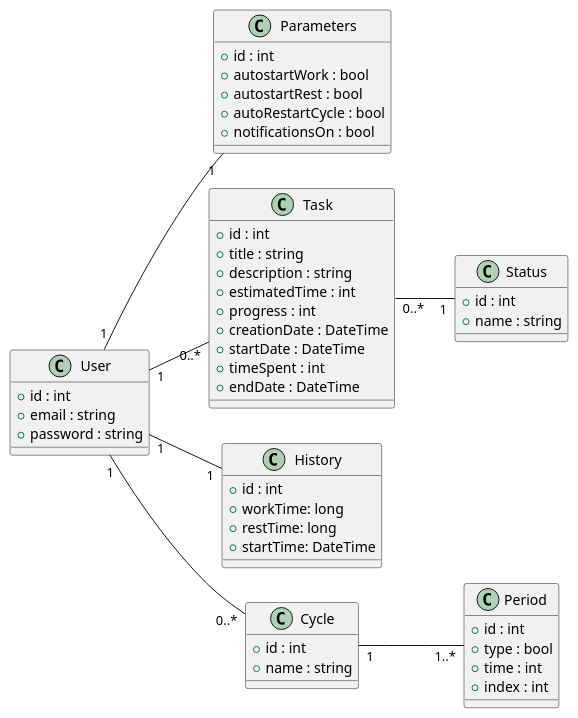
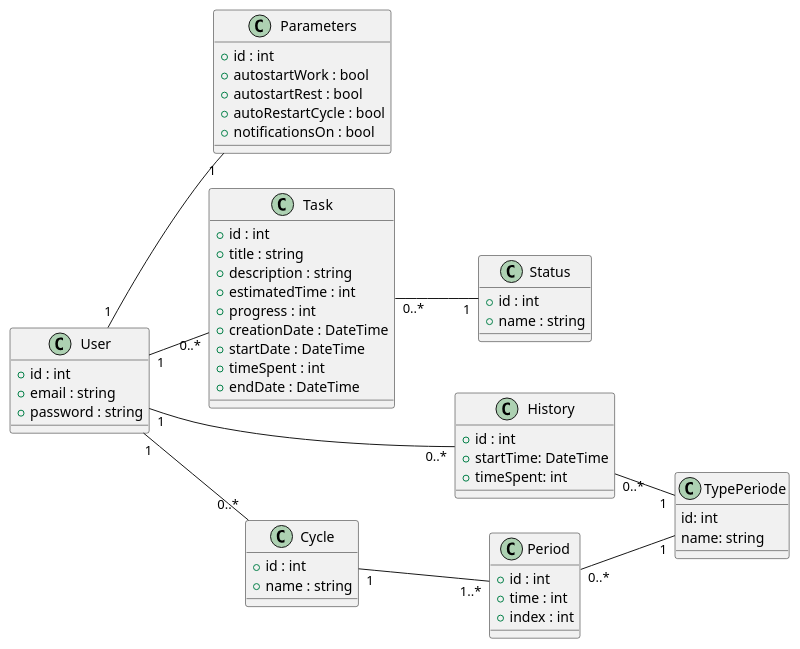
One commit to MDGav82/FocusTimer changed the diagram in pomodoro_domain.wsd. Above: the diagram before and after it, drawn with PlantUML.

Commit message:
- Reworked History in Domain diagram

```diff
--- a/pomodoro_domain.wsd
+++ b/pomodoro_domain.wsd
@@ -1,62 +1,68 @@
 @startuml pomodoro_domain
 left to right direction
 
 class User {
   +id : int
   +email : string
   +password : string
 }
 
 class Parameters {
   +id : int
   +autostartWork : bool
   +autostartRest : bool
   +autoRestartCycle : bool
   +notificationsOn : bool
 }
 
 class Task {
   +id : int
   +title : string
   +description : string
   +estimatedTime : int
   +progress : int
   +creationDate : DateTime
   +startDate : DateTime
   +timeSpent : int
   +endDate : DateTime
 }
 
 class History {
   +id : int
-  +workTime: long
-  +restTime: long
   +startTime: DateTime
+  +timeSpent: int
 }
+
 class Cycle {
   +id : int
   +name : string
 }
 
+class TypePeriode {
+    id: int
+    name: string
+}
+
 class Period {
   +id : int
-  +type : bool
   +time : int
   +index : int
 }
 
 class Status {
    +id : int
   +name : string
 }
 
 ' Relations
 
 User "1" -- "1" Parameters
 User "1" -- "0..*" Task
 User "1" -- "0..*" Cycle
-User "1" -- "1" History
+User "1" -- "0..*" History
 Cycle "1" -- "1..*" Period
+Period "0..*" -- "1" TypePeriode
+History "0..*" -- "1" TypePeriode
 Task "0..*" -- "1" Status
 
 @enduml
```
